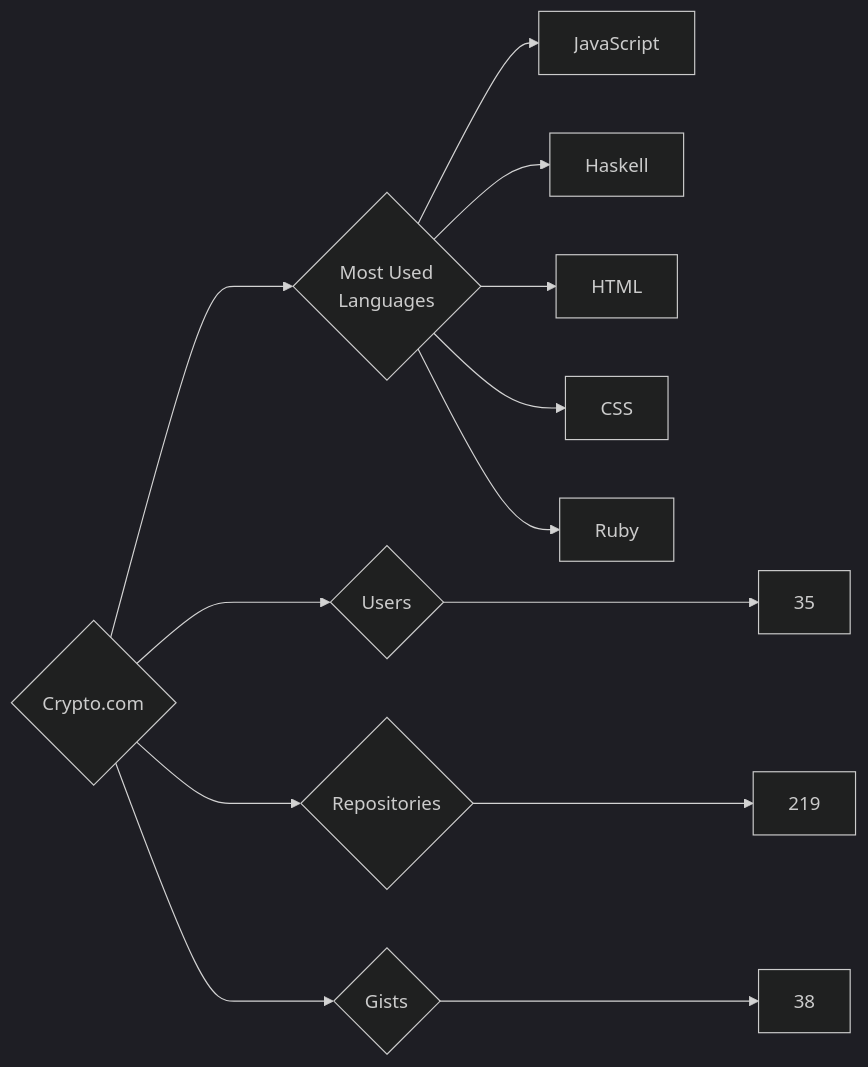
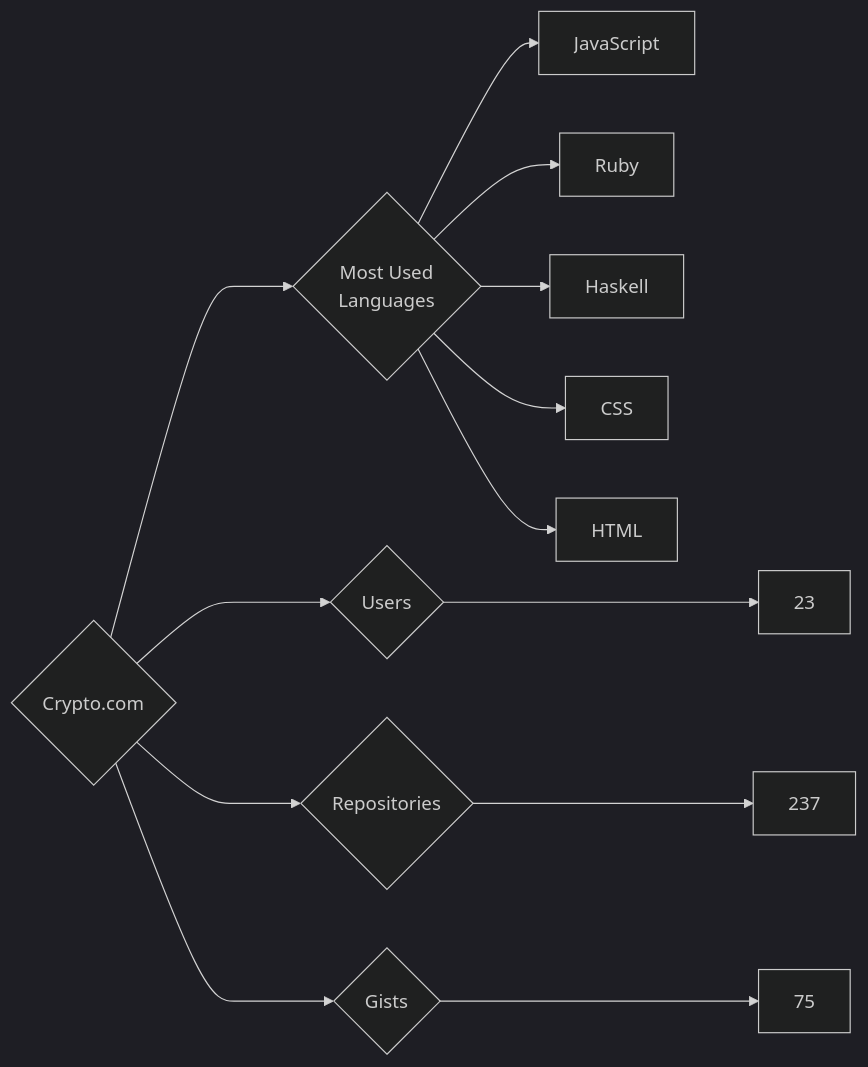
The diagram in targets/Crypto.com/README.md (trickest/insiders), drawn with Mermaid (dark theme) before and after one commit. The commit also changed 775 other files, not shown here.

````diff
--- a/targets/Crypto.com/README.md
+++ b/targets/Crypto.com/README.md
@@ -3,13 +3,13 @@
 ```mermaid
 graph LR
 COMPANY_NAME{Crypto.com}
-COMPANY_NAME ---> U{Users} ---> UN[35]
-COMPANY_NAME ---> R{Repositories} ---> RN[219]
-COMPANY_NAME ---> G{Gists} ---> GN[38]
+COMPANY_NAME ---> U{Users} ---> UN[23]
+COMPANY_NAME ---> R{Repositories} ---> RN[237]
+COMPANY_NAME ---> G{Gists} ---> GN[75]
 COMPANY_NAME ---> ML{Most Used<br>Languages}
 ML --> JavaScript[JavaScript]
+ML --> Ruby[Ruby]
 ML --> Haskell[Haskell]
+ML --> CSS[CSS]
 ML --> HTML[HTML]
-ML --> CSS[CSS]
-ML --> Ruby[Ruby]
 ```
````
